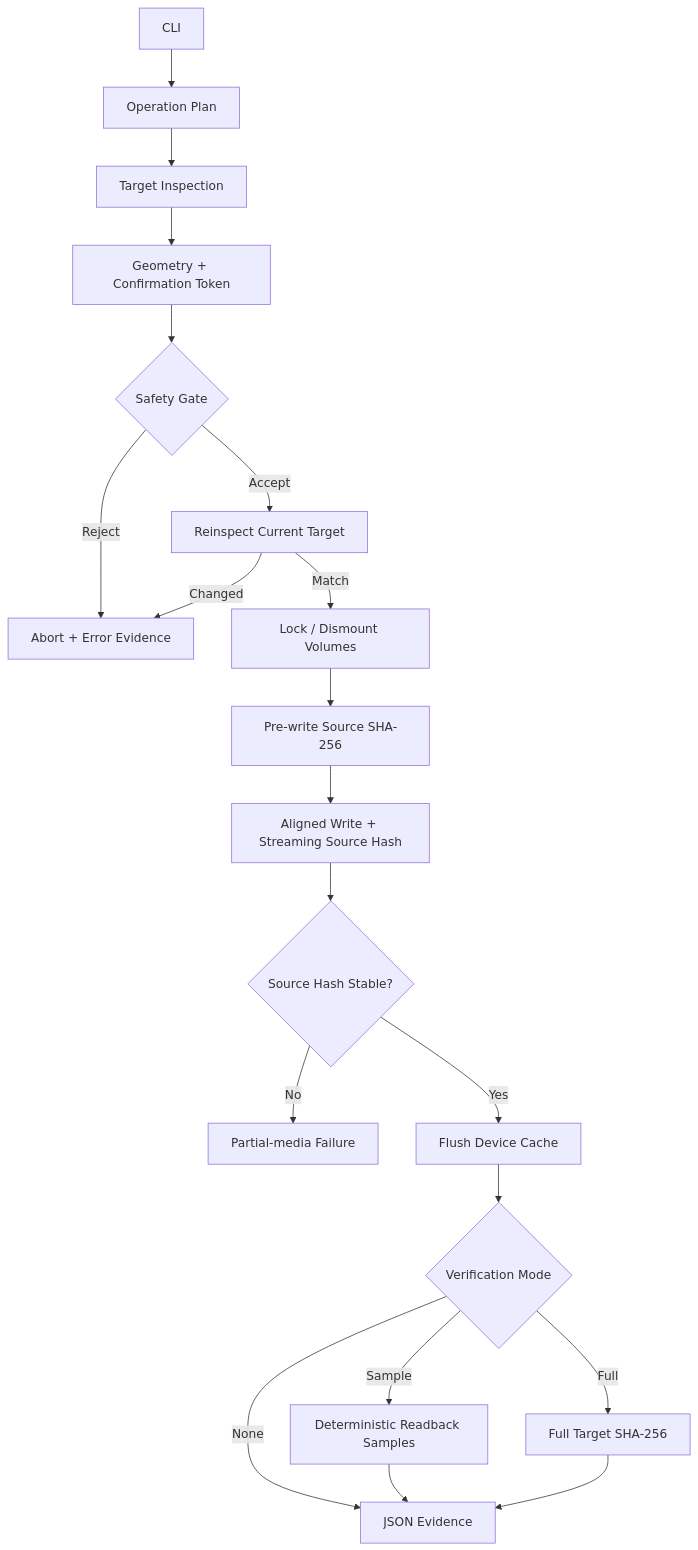
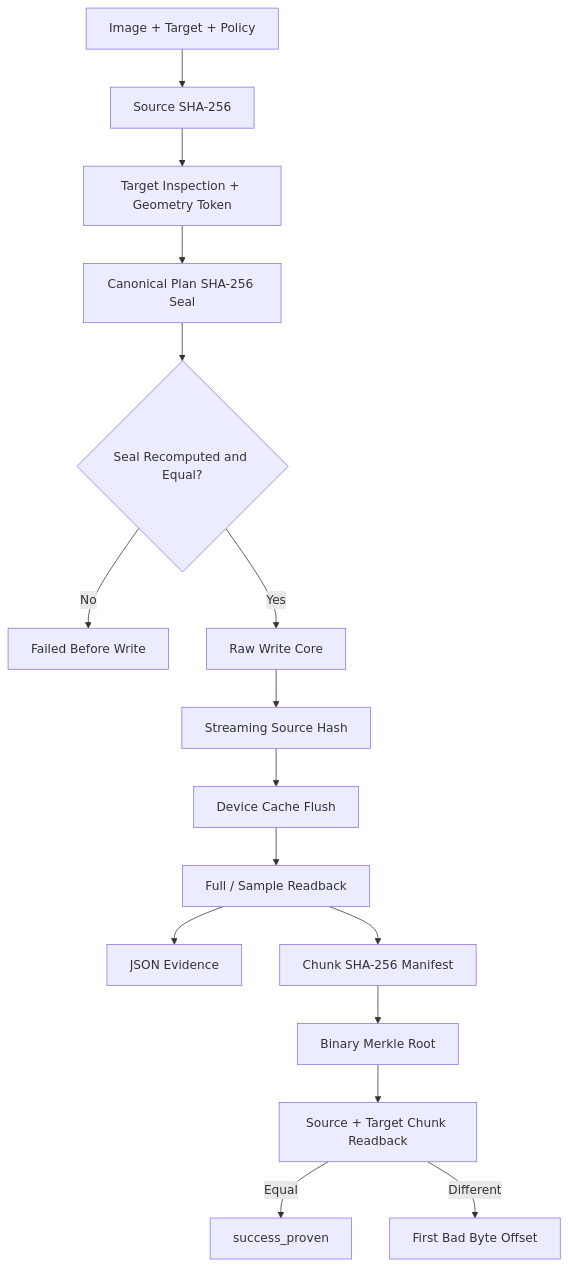
The diagram in README.md (Deadbytes101/DEADFLASH), drawn with Mermaid before and after one commit. The commit also changed other lines of this file, not shown here.

````diff
--- a/README.md
+++ b/README.md
@@ -144,22 +186,18 @@
 ```mermaid
 flowchart TD
-    CLI[CLI] --> PLAN[Operation Plan]
-    PLAN --> DISCOVER[Target Inspection]
-    DISCOVER --> TOKEN[Geometry + Confirmation Token]
-    TOKEN --> GATE{Safety Gate}
-    GATE -->|Reject| ABORT[Abort + Error Evidence]
-    GATE -->|Accept| RECHECK[Reinspect Current Target]
-    RECHECK -->|Changed| ABORT
-    RECHECK -->|Match| LOCK[Lock / Dismount Volumes]
-    LOCK --> PREHASH[Pre-write Source SHA-256]
-    PREHASH --> WRITE[Aligned Write + Streaming Source Hash]
-    WRITE --> SOURCECHECK{Source Hash Stable?}
-    SOURCECHECK -->|No| PARTIAL[Partial-media Failure]
-    SOURCECHECK -->|Yes| FLUSH[Flush Device Cache]
-    FLUSH --> VERIFY{Verification Mode}
-    VERIFY -->|None| REPORT[JSON Evidence]
-    VERIFY -->|Sample| SAMPLE[Deterministic Readback Samples]
-    VERIFY -->|Full| FULL[Full Target SHA-256]
-    SAMPLE --> REPORT
-    FULL --> REPORT
+    INPUT[Image + Target + Policy] --> HASH[Source SHA-256]
+    HASH --> TARGET[Target Inspection + Geometry Token]
+    TARGET --> SEAL[Canonical Plan SHA-256 Seal]
+    SEAL --> AUTH{Seal Recomputed and Equal?}
+    AUTH -->|No| ABORT[Failed Before Write]
+    AUTH -->|Yes| CORE[Raw Write Core]
+    CORE --> STREAM[Streaming Source Hash]
+    STREAM --> FLUSH[Device Cache Flush]
+    FLUSH --> VERIFY[Full / Sample Readback]
+    VERIFY --> EVIDENCE[JSON Evidence]
+    VERIFY --> MANIFEST[Chunk SHA-256 Manifest]
+    MANIFEST --> MERKLE[Binary Merkle Root]
+    MERKLE --> PROOF[Source + Target Chunk Readback]
+    PROOF -->|Equal| PROVEN[success_proven]
+    PROOF -->|Different| OFFSET[First Bad Byte Offset]
 ```
````
